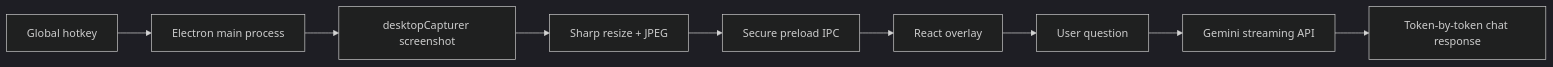
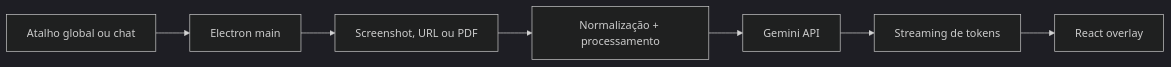
The first of 2 diagrams in README.md (Keymiuz/Screen-Copilot), drawn with Mermaid (dark theme) before and after one commit. The commit also changed other lines of this file, not shown here.

````diff
--- a/README.md
+++ b/README.md
@@ -78,11 +101,9 @@
 ```mermaid
 flowchart LR
-  A["Global hotkey"] --> B["Electron main process"]
-  B --> C["desktopCapturer screenshot"]
-  C --> D["Sharp resize + JPEG"]
-  D --> E["Secure preload IPC"]
-  E --> F["React overlay"]
-  F --> G["User question"]
-  G --> H["Gemini streaming API"]
-  H --> I["Token-by-token chat response"]
+  A["Atalho global ou chat"] --> B["Electron main"]
+  B --> C["Screenshot, URL ou PDF"]
+  C --> D["Normalização + processamento"]
+  D --> E["Gemini API"]
+  E --> F["Streaming de tokens"]
+  F --> G["React overlay"]
 ```
````
